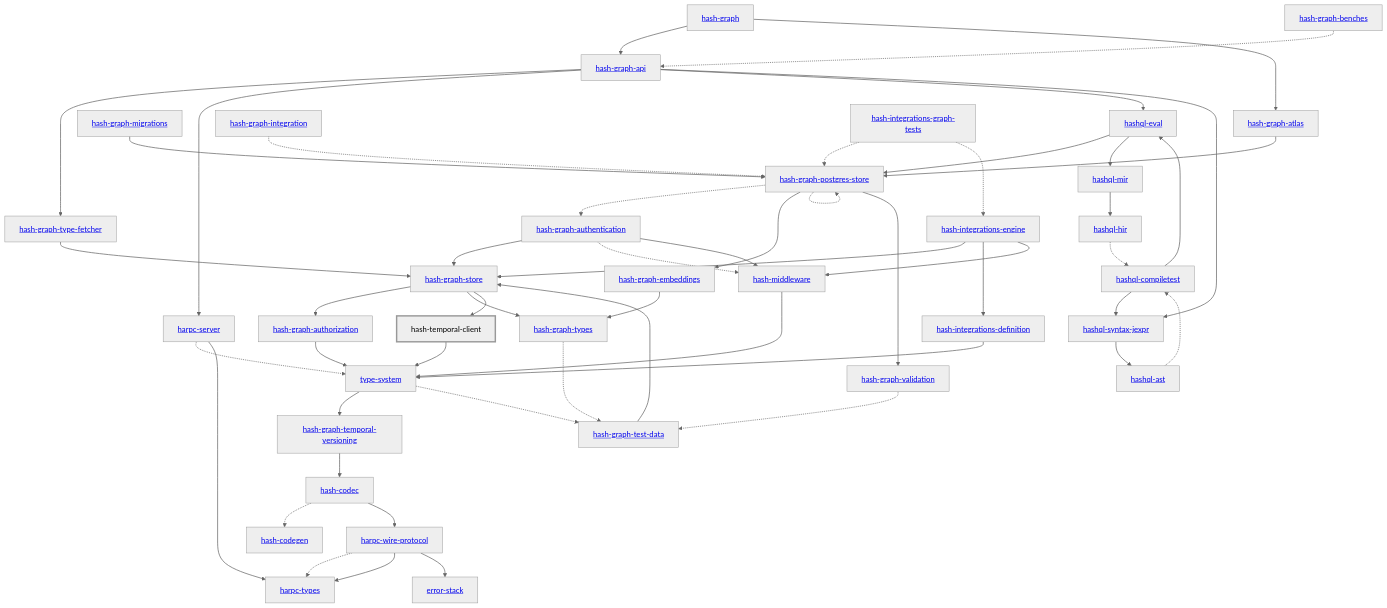
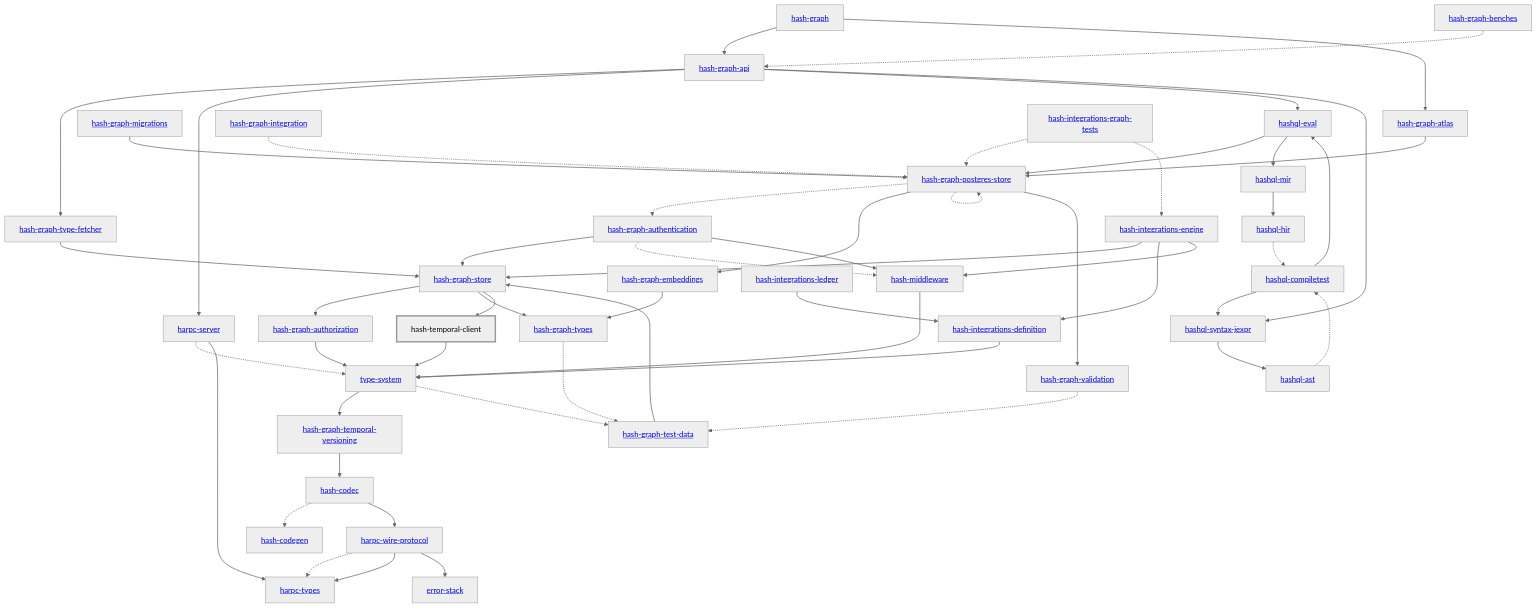
The diagram in libs/@local/temporal-client/docs/dependency-diagram.mmd (hashintel/hash), drawn with Mermaid (neutral theme) before and after one commit. The commit also changed 12 other files, not shown here.

Commit message:
Regenerate the dependency diagrams that include the ledger crate

```diff
--- a/libs/@local/temporal-client/docs/dependency-diagram.mmd
+++ b/libs/@local/temporal-client/docs/dependency-diagram.mmd
@@ -1,97 +1,99 @@
 graph TD
     linkStyle default stroke-width:1.5px
     classDef default stroke-width:1px
     classDef root stroke-width:3px
     classDef dev stroke-width:1px
     classDef build stroke-width:1px
     %% Legend
     %% --> : Normal dependency
     %% -.-> : Dev dependency
     %% ---> : Build dependency
     0[<a href="../hash_graph/index.html">hash-graph</a>]
     1[<a href="../type_system/index.html">type-system</a>]
     2[<a href="../hash_codec/index.html">hash-codec</a>]
     3[<a href="../hash_codegen/index.html">hash-codegen</a>]
     4[<a href="../hash_graph_api/index.html">hash-graph-api</a>]
     5[<a href="../hash_graph_atlas/index.html">hash-graph-atlas</a>]
     6[<a href="../hash_graph_authentication/index.html">hash-graph-authentication</a>]
     7[<a href="../hash_graph_authorization/index.html">hash-graph-authorization</a>]
     8[<a href="../hash_graph_embeddings/index.html">hash-graph-embeddings</a>]
     9[<a href="../hash_graph_migrations/index.html">hash-graph-migrations</a>]
     10[<a href="../hash_graph_postgres_store/index.html">hash-graph-postgres-store</a>]
     11[<a href="../hash_graph_store/index.html">hash-graph-store</a>]
     12[<a href="../hash_graph_temporal_versioning/index.html">hash-graph-temporal-versioning</a>]
     13[<a href="../hash_graph_type_fetcher/index.html">hash-graph-type-fetcher</a>]
     14[<a href="../hash_graph_types/index.html">hash-graph-types</a>]
     15[<a href="../hash_graph_validation/index.html">hash-graph-validation</a>]
     16[<a href="../harpc_server/index.html">harpc-server</a>]
     17[<a href="../harpc_types/index.html">harpc-types</a>]
     18[<a href="../harpc_wire_protocol/index.html">harpc-wire-protocol</a>]
     19[<a href="../hashql_ast/index.html">hashql-ast</a>]
     20[<a href="../hashql_compiletest/index.html">hashql-compiletest</a>]
     21[<a href="../hashql_eval/index.html">hashql-eval</a>]
     22[<a href="../hashql_hir/index.html">hashql-hir</a>]
     23[<a href="../hashql_mir/index.html">hashql-mir</a>]
     24[<a href="../hashql_syntax_jexpr/index.html">hashql-syntax-jexpr</a>]
     25[<a href="../hash_integrations_definition/index.html">hash-integrations-definition</a>]
     26[<a href="../hash_integrations_engine/index.html">hash-integrations-engine</a>]
-    27[<a href="../hash_middleware/index.html">hash-middleware</a>]
-    28[hash-temporal-client]
-    class 28 root
-    29[<a href="../error_stack/index.html">error-stack</a>]
-    30[<a href="../hash_graph_benches/index.html">hash-graph-benches</a>]
-    31[<a href="../hash_graph_integration/index.html">hash-graph-integration</a>]
-    32[<a href="../hash_graph_test_data/index.html">hash-graph-test-data</a>]
-    33[<a href="../hash_integrations_graph_tests/index.html">hash-integrations-graph-tests</a>]
+    27[<a href="../hash_integrations_ledger/index.html">hash-integrations-ledger</a>]
+    28[<a href="../hash_middleware/index.html">hash-middleware</a>]
+    29[hash-temporal-client]
+    class 29 root
+    30[<a href="../error_stack/index.html">error-stack</a>]
+    31[<a href="../hash_graph_benches/index.html">hash-graph-benches</a>]
+    32[<a href="../hash_graph_integration/index.html">hash-graph-integration</a>]
+    33[<a href="../hash_graph_test_data/index.html">hash-graph-test-data</a>]
+    34[<a href="../hash_integrations_graph_tests/index.html">hash-integrations-graph-tests</a>]
     0 --> 4
     0 --> 5
     1 --> 12
-    1 -.-> 32
+    1 -.-> 33
     2 -.-> 3
     2 --> 18
     4 --> 13
     4 --> 16
     4 --> 21
     4 --> 24
     5 --> 10
     6 --> 11
-    6 -.-> 27
-    6 --> 27
+    6 -.-> 28
+    6 --> 28
     7 --> 1
     8 --> 14
     9 --> 10
     10 -.-> 6
     10 --> 8
     10 -.-> 10
     10 --> 15
     11 --> 7
     11 --> 14
-    11 --> 28
+    11 --> 29
     12 --> 2
     13 --> 11
-    14 -.-> 32
-    15 -.-> 32
+    14 -.-> 33
+    15 -.-> 33
     16 -.-> 1
     16 --> 17
     18 -.-> 17
     18 --> 17
-    18 --> 29
+    18 --> 30
     19 -.-> 20
     20 --> 21
     20 --> 24
     21 --> 10
     21 --> 23
     22 -.-> 20
     23 --> 22
     24 --> 19
     25 --> 1
     26 --> 11
     26 --> 25
-    26 --> 27
-    27 --> 1
+    26 --> 28
+    27 --> 25
     28 --> 1
-    30 -.-> 4
-    31 -.-> 10
-    32 --> 11
-    33 -.-> 10
-    33 -.-> 26
+    29 --> 1
+    31 -.-> 4
+    32 -.-> 10
+    33 --> 11
+    34 -.-> 10
+    34 -.-> 26
```
